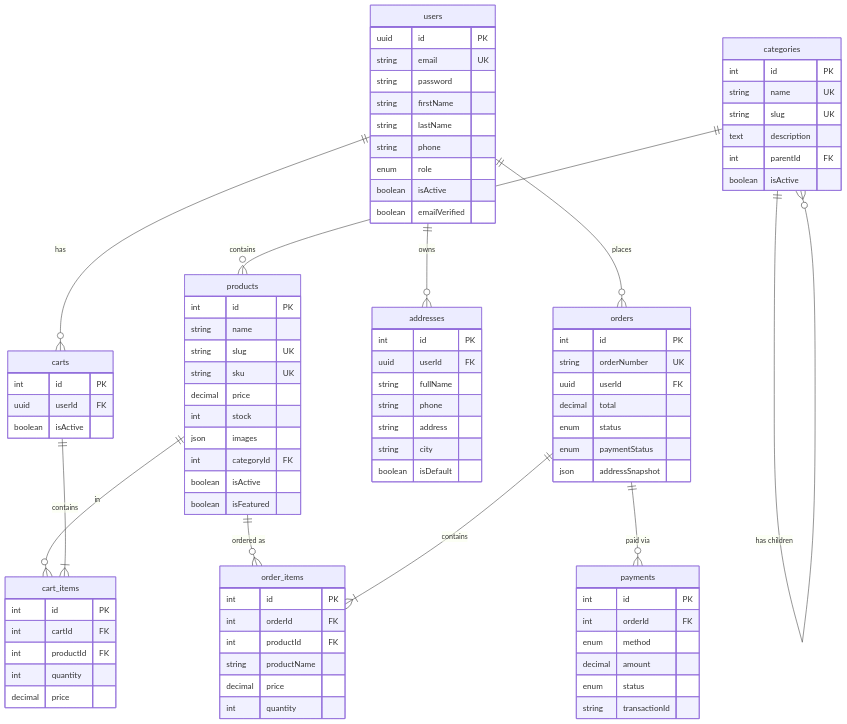
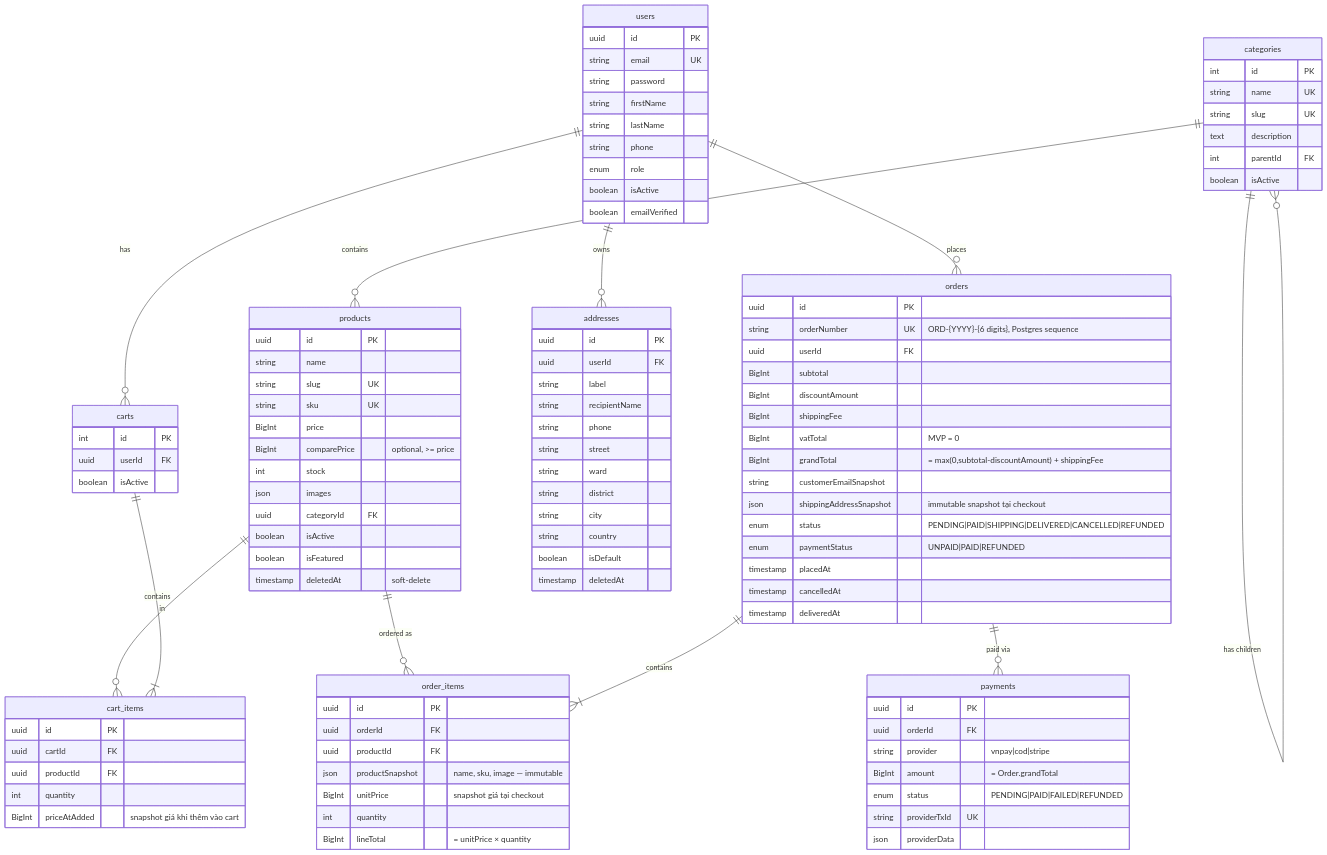
The diagram in planning/setup/DATABASE_SCHEMA.md (LuongCongThanh/be-nest-ecom), drawn with Mermaid before and after one commit. The commit also changed other lines of this file and 231 other files, not shown here.

````diff
--- a/planning/setup/DATABASE_SCHEMA.md
+++ b/planning/setup/DATABASE_SCHEMA.md
@@ -54,26 +54,33 @@
     }
 
     products {
-        int id PK
+        uuid id PK
         string name
         string slug UK
         string sku UK
-        decimal price
+        BigInt price
+        BigInt comparePrice "optional, >= price"
         int stock
         json images
-        int categoryId FK
+        uuid categoryId FK
         boolean isActive
         boolean isFeatured
+        timestamp deletedAt "soft-delete"
     }
 
     addresses {
-        int id PK
+        uuid id PK
         uuid userId FK
-        string fullName
+        string label
+        string recipientName
         string phone
-        string address
+        string street
+        string ward
+        string district
         string city
+        string country
         boolean isDefault
+        timestamp deletedAt
     }
 
     carts {
@@ -83,38 +90,48 @@
     }
 
     cart_items {
-        int id PK
-        int cartId FK
-        int productId FK
+        uuid id PK
+        uuid cartId FK
+        uuid productId FK
         int quantity
-        decimal price
+        BigInt priceAtAdded "snapshot giá khi thêm vào cart"
     }
 
     orders {
-        int id PK
-        string orderNumber UK
+        uuid id PK
+        string orderNumber UK "ORD-{YYYY}-{6 digits}, Postgres sequence"
         uuid userId FK
-        decimal total
-        enum status
-        enum paymentStatus
-        json addressSnapshot
+        BigInt subtotal
+        BigInt discountAmount
+        BigInt shippingFee
+        BigInt vatTotal "MVP = 0"
+        BigInt grandTotal "= max(0,subtotal-discountAmount) + shippingFee"
+        string customerEmailSnapshot
+        json shippingAddressSnapshot "immutable snapshot tại checkout"
+        enum status "PENDING|PAID|SHIPPING|DELIVERED|CANCELLED|REFUNDED"
+        enum paymentStatus "UNPAID|PAID|REFUNDED"
+        timestamp placedAt
+        timestamp cancelledAt
+        timestamp deliveredAt
     }
 
     order_items {
-        int id PK
-        int orderId FK
-        int productId FK
-        string productName
-        decimal price
+        uuid id PK
+        uuid orderId FK
+        uuid productId FK
+        json productSnapshot "name, sku, image — immutable"
+        BigInt unitPrice "snapshot giá tại checkout"
         int quantity
+        BigInt lineTotal "= unitPrice × quantity"
     }
 
     payments {
-        int id PK
-        int orderId FK
-        enum method
-        decimal amount
-        enum status
-        string transactionId
+        uuid id PK
+        uuid orderId FK
+        string provider "vnpay|cod|stripe"
+        BigInt amount "= Order.grandTotal"
+        enum status "PENDING|PAID|FAILED|REFUNDED"
+        string providerTxId UK
+        json providerData
     }
 ```
````
